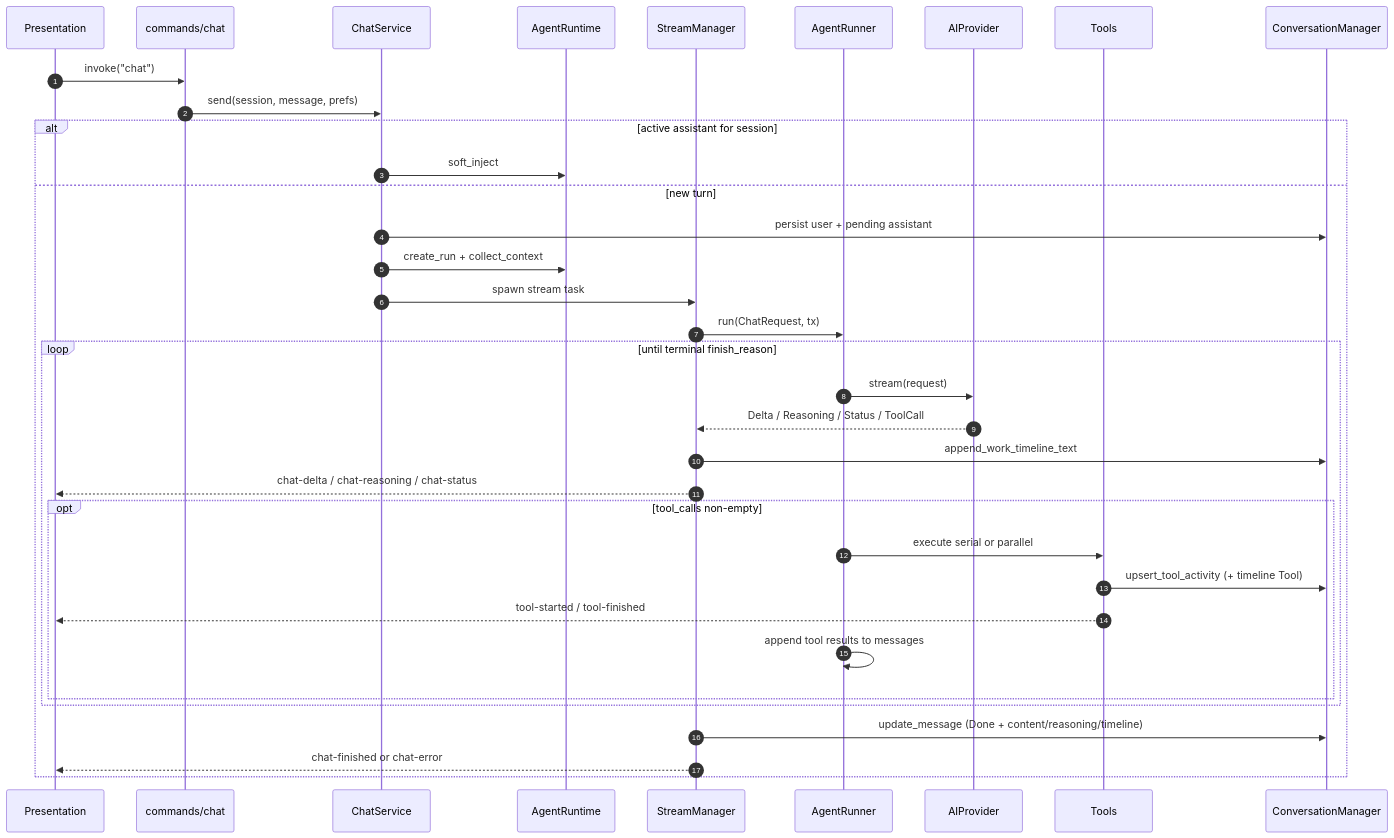
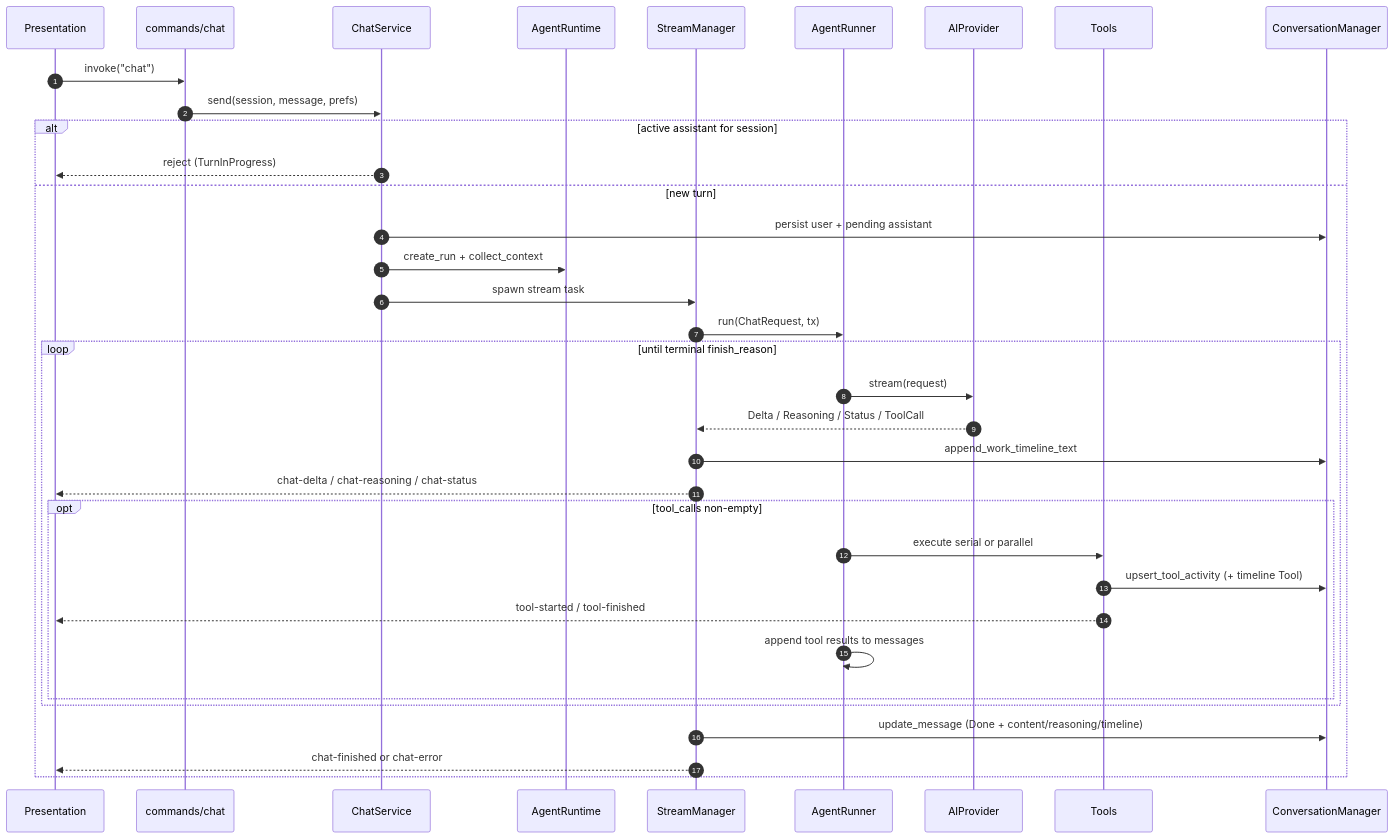
Before and after one commit to rururunu/Anya: the eighth of 18 diagrams in docs/architecture-overview.md, drawn with Mermaid. The commit also changed other lines of this file and 143 other files, not shown here.

````diff
--- a/docs/architecture-overview.md
+++ b/docs/architecture-overview.md
@@ -387,38 +387,38 @@
 ```mermaid
 sequenceDiagram
   autonumber
   participant FE as Presentation
   participant IPC as commands/chat
   participant CS as ChatService
   participant AR as AgentRuntime
   participant SM as StreamManager
   participant R as AgentRunner
   participant P as AIProvider
   participant T as Tools
   participant CM as ConversationManager
 
   FE->>IPC: invoke("chat")
   IPC->>CS: send(session, message, prefs)
   alt active assistant for session
-    CS->>AR: soft_inject
+    CS-->>FE: reject (TurnInProgress)
   else new turn
     CS->>CM: persist user + pending assistant
     CS->>AR: create_run + collect_context
     CS->>SM: spawn stream task
     SM->>R: run(ChatRequest, tx)
     loop until terminal finish_reason
       R->>P: stream(request)
       P-->>SM: Delta / Reasoning / Status / ToolCall
       SM->>CM: append_work_timeline_text
       SM-->>FE: chat-delta / chat-reasoning / chat-status
       opt tool_calls non-empty
         R->>T: execute serial or parallel
         T->>CM: upsert_tool_activity (+ timeline Tool)
         T-->>FE: tool-started / tool-finished
         R->>R: append tool results to messages
       end
     end
     SM->>CM: update_message (Done + content/reasoning/timeline)
     SM-->>FE: chat-finished or chat-error
   end
 ```
````
